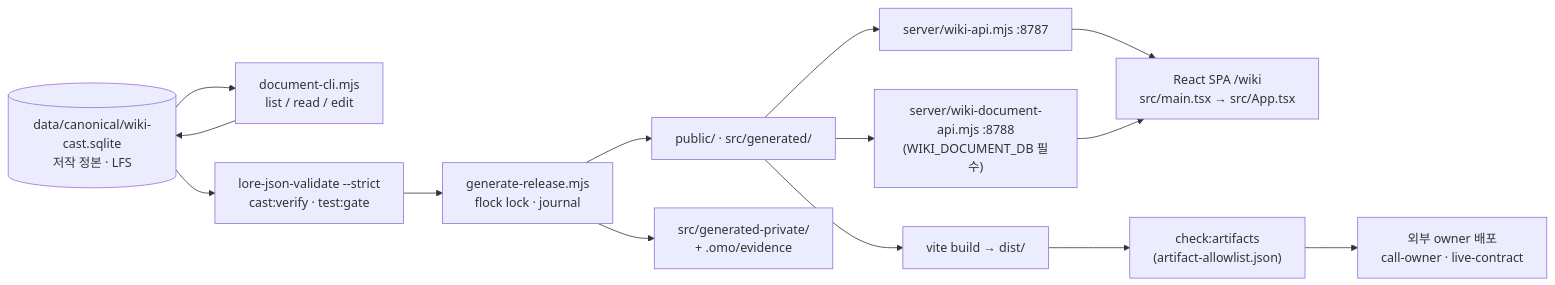
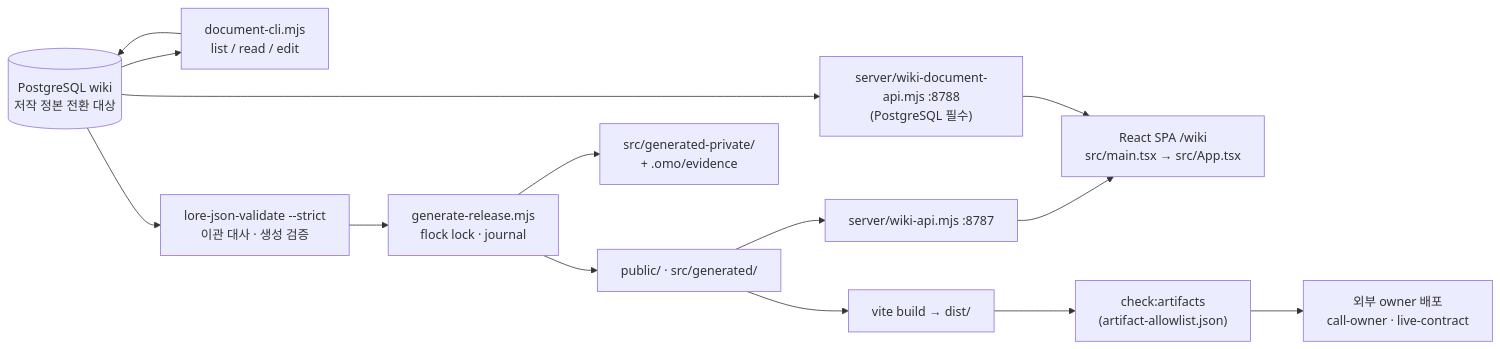
One commit to islee23520/seoul-dengoku-wiki changed the diagram in AGENTS.md. Above: the diagram before and after it, drawn with Mermaid. The commit also changed other lines of this file and 68 other files, not shown here.

Commit message:
feat(정본): PostgreSQL 저작·전체 생성 전환과 한국어 전용 공개

````diff
--- a/AGENTS.md
+++ b/AGENTS.md
@@ -11,23 +11,23 @@
 ```mermaid
 flowchart LR
-  DB[("data/canonical/wiki-cast.sqlite<br/>저작 정본 · LFS")]
+  DB[("PostgreSQL wiki<br/>저작 정본 전환 대상")]
   EDIT["document-cli.mjs<br/>list / read / edit"]
-  VAL["lore-json-validate --strict<br/>cast:verify · test:gate"]
+  VAL["lore-json-validate --strict<br/>이관 대사 · 생성 검증"]
   GEN["generate-release.mjs<br/>flock lock · journal"]
   PUB["public/ · src/generated/"]
   PRIV["src/generated-private/<br/>+ .omo/evidence"]
   API7["server/wiki-api.mjs :8787"]
-  API8["server/wiki-document-api.mjs :8788<br/>(WIKI_DOCUMENT_DB 필수)"]
+  API8["server/wiki-document-api.mjs :8788<br/>(PostgreSQL 필수)"]
   SPA["React SPA /wiki<br/>src/main.tsx → src/App.tsx"]
   DIST["vite build → dist/"]
   ALLOW["check:artifacts<br/>(artifact-allowlist.json)"]
   OWNER["외부 owner 배포<br/>call-owner · live-contract"]
 
   DB --> EDIT --> DB
   DB --> VAL --> GEN
   GEN --> PUB
   GEN --> PRIV
   PUB --> API7 --> SPA
-  PUB --> API8 --> SPA
+  DB --> API8 --> SPA
   PUB --> DIST --> ALLOW --> OWNER
 ```
````
